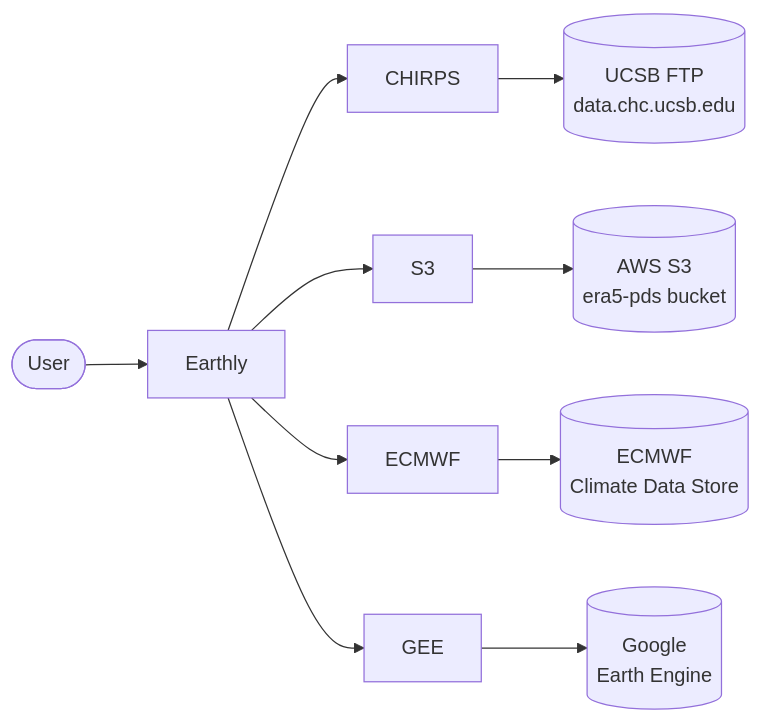
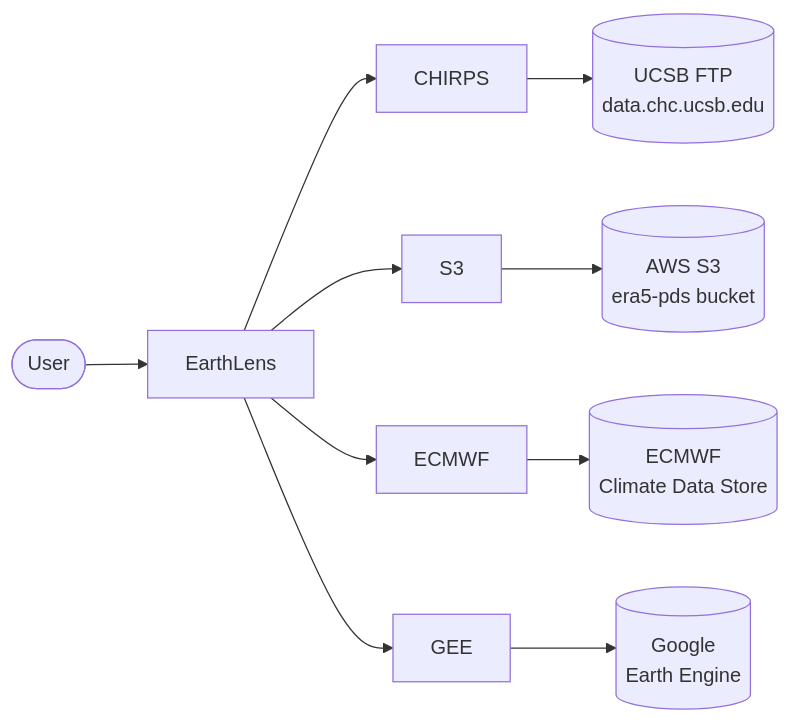
Before and after one commit to serapeum-org/earthly: the first of 5 diagrams in docs/overview/architecture.md, drawn with Mermaid. The commit also changed other lines of this file and 86 other files, not shown here.

First line of the commit message:
refactor!: rename earthly -> earthlens and fix CDS notebooks (#47)

````diff
--- a/docs/overview/architecture.md
+++ b/docs/overview/architecture.md
@@ -9,14 +9,14 @@
 ```mermaid
 flowchart LR
     user([User])
-    earthly[Earthly]
-    user --> earthly
-    earthly --> CHIRPS
-    earthly --> S3
-    earthly --> ECMWF
-    earthly --> GEE
+    earthlens[EarthLens]
+    user --> earthlens
+    earthlens --> CHIRPS
+    earthlens --> S3
+    earthlens --> ECMWF
+    earthlens --> GEE
     CHIRPS --> FTP[(UCSB FTP<br/>data.chc.ucsb.edu)]
     S3 --> AWS[(AWS S3<br/>era5-pds bucket)]
     ECMWF --> CDS[(ECMWF<br/>Climate Data Store)]
     GEE --> Earth[(Google<br/>Earth Engine)]
 ```
````
